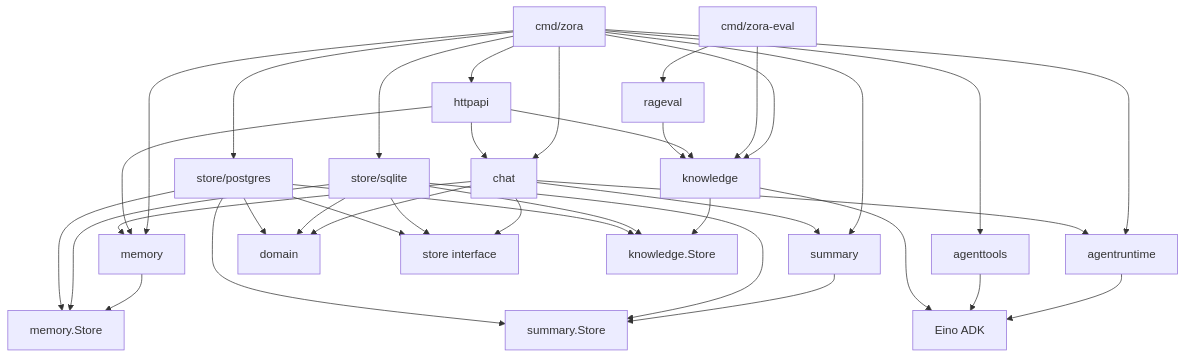
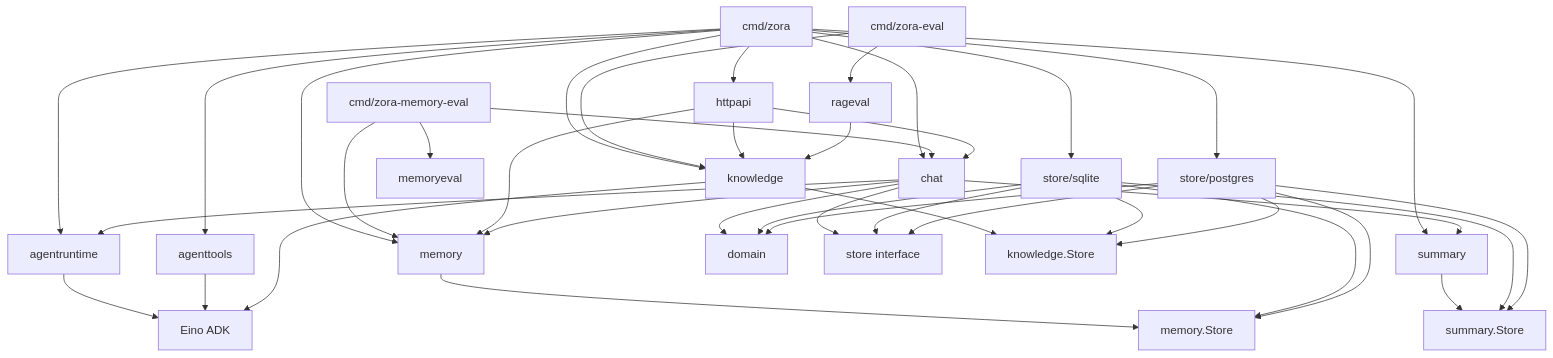
The first of 7 diagrams in docs/technical-design.md (zora-DD/zora), drawn with Mermaid before and after one commit. The commit also changed other lines of this file and 14 other files, not shown here.

````diff
--- a/docs/technical-design.md
+++ b/docs/technical-design.md
@@ -51,39 +52,42 @@
 ```mermaid
 flowchart TD
     Main["cmd/zora"] --> HTTP["httpapi"]
     Main --> Chat["chat"]
     Main --> Runtime["agentruntime"]
     Main --> SQLite["store/sqlite"]
     Main --> Postgres["store/postgres"]
     Main --> Tools["agenttools"]
     Main --> Knowledge["knowledge"]
     Main --> Memory["memory"]
     Main --> Summary["summary"]
+    MemoryEval["cmd/zora-memory-eval"] --> MemoryAB["memoryeval"]
+    MemoryEval --> Chat
+    MemoryEval --> Memory
     Eval["cmd/zora-eval"] --> RAGEval["rageval"]
     Eval --> Knowledge
     HTTP --> Chat
     HTTP --> Knowledge
     HTTP --> Memory
     Chat --> Domain["domain"]
     Chat --> Store["store interface"]
     Chat --> Runtime
     Chat --> Memory
     Chat --> Summary
     Runtime --> Eino["Eino ADK"]
     Tools --> Eino
     Knowledge --> Eino
     Knowledge --> KStore["knowledge.Store"]
     Memory --> MStore["memory.Store"]
     Summary --> SStore["summary.Store"]
     RAGEval --> Knowledge
     SQLite --> Store
     SQLite --> KStore
     SQLite --> MStore
     SQLite --> SStore
     SQLite --> Domain
     Postgres --> Store
     Postgres --> KStore
     Postgres --> MStore
     Postgres --> SStore
     Postgres --> Domain
 ```
````
